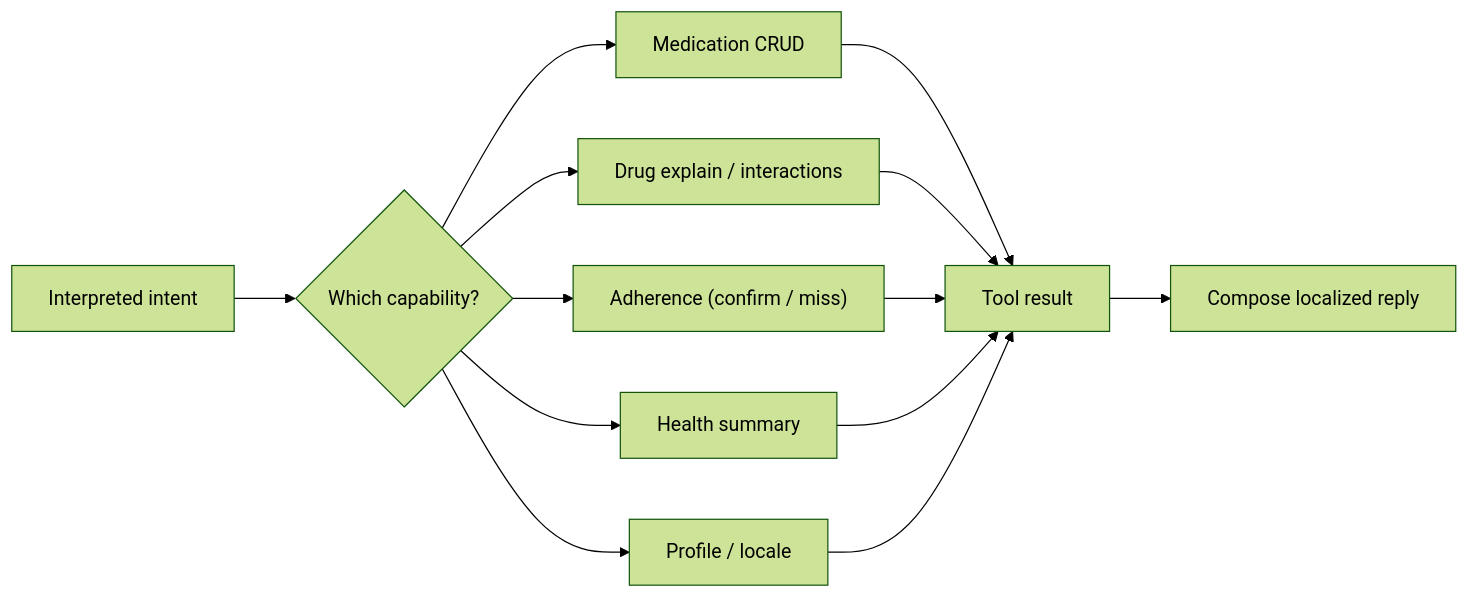
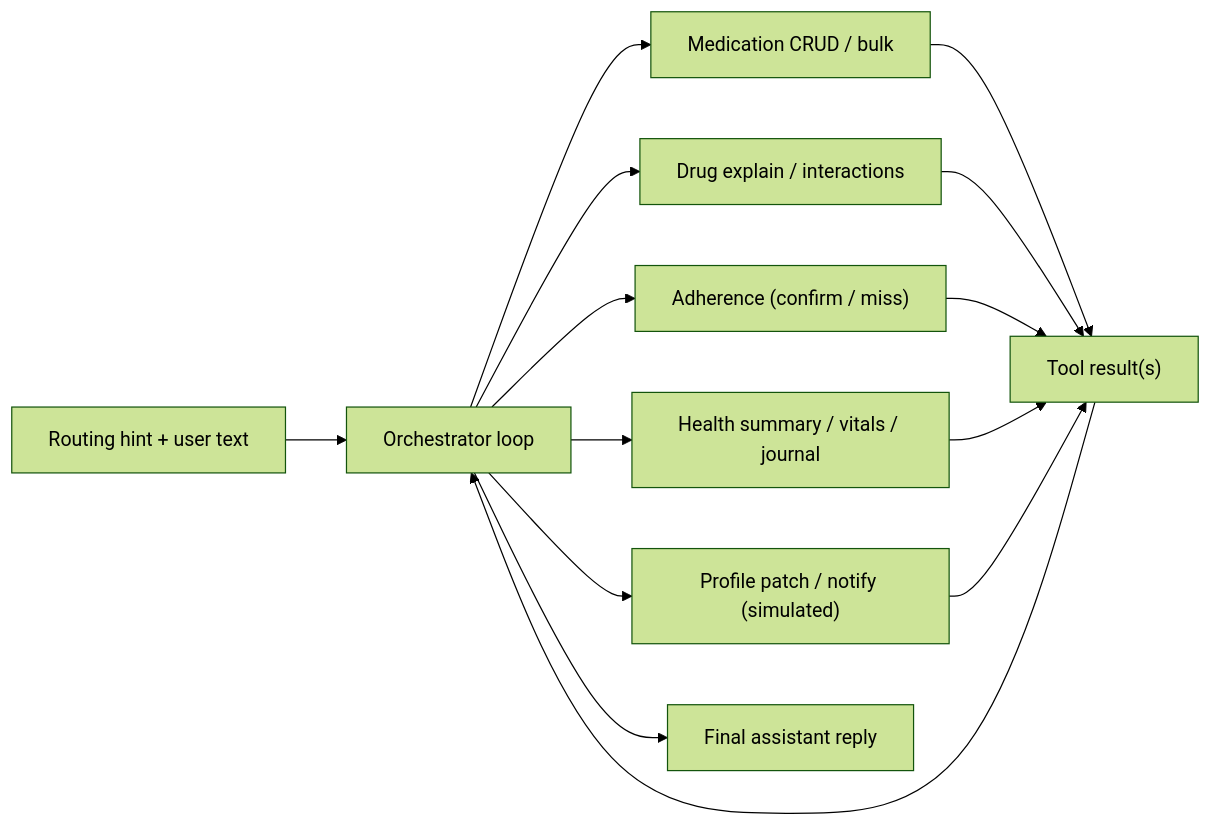
The fourth of 8 diagrams in docs/tdd.md (israkir/medbuddy), drawn with Mermaid (forest theme) before and after one commit. The commit also changed other lines of this file and 48 other files, not shown here.

First line of the commit message:
feat(backend): LLM tool orchestrator for medication assistant

````diff
--- a/docs/tdd.md
+++ b/docs/tdd.md
@@ -157,11 +157,12 @@
 ```mermaid
 flowchart LR
-  INT["Interpreted intent"] --> D{"Which capability?"}
-  D --> M["Medication CRUD"]
-  D --> DR["Drug explain / interactions"]
-  D --> AD["Adherence (confirm / miss)"]
-  D --> HS["Health summary"]
-  D --> PR["Profile / locale"]
-  M & DR & AD & HS & PR --> RES["Tool result"]
-  RES --> CMP["Compose localized reply"]
+  RT["Routing hint + user text"] --> OR["Orchestrator loop"]
+  OR --> M["Medication CRUD / bulk"]
+  OR --> DR["Drug explain / interactions"]
+  OR --> AD["Adherence (confirm / miss)"]
+  OR --> HS["Health summary / vitals / journal"]
+  OR --> PR["Profile patch / notify (simulated)"]
+  M & DR & AD & HS & PR --> RES["Tool result(s)"]
+  RES --> OR
+  OR --> CMP["Final assistant reply"]
 ```
````
